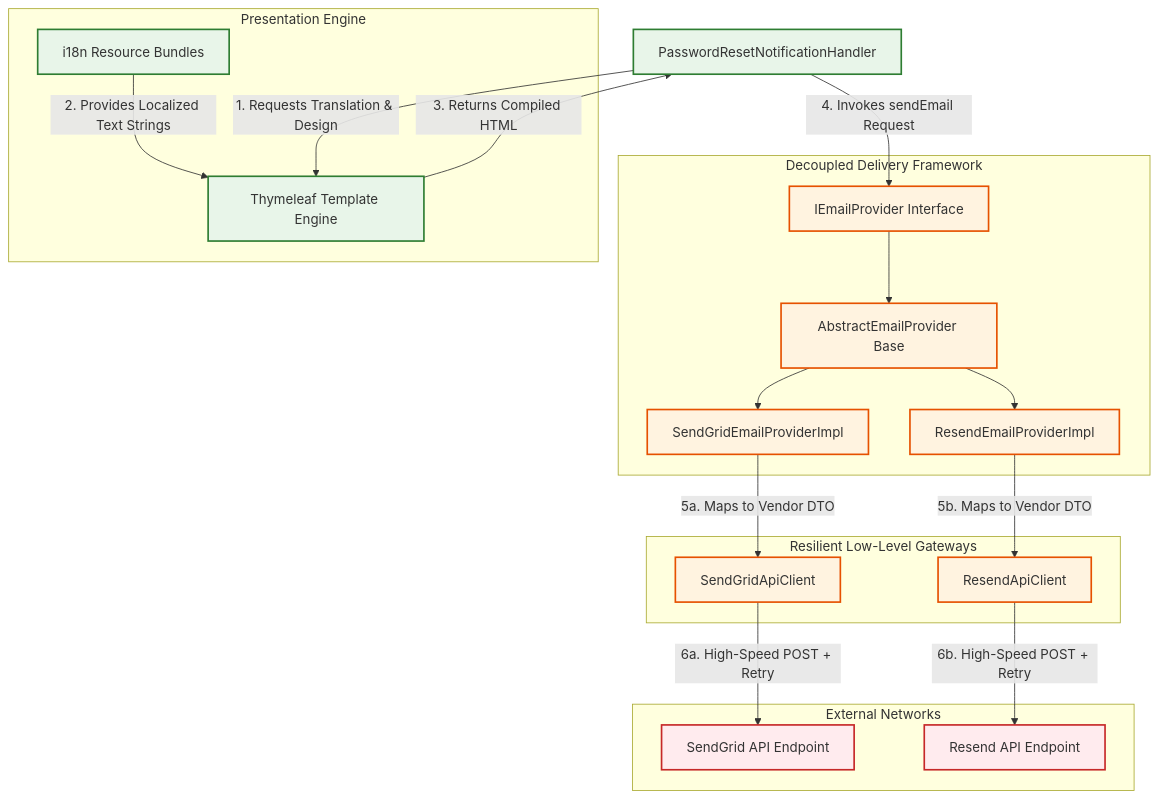
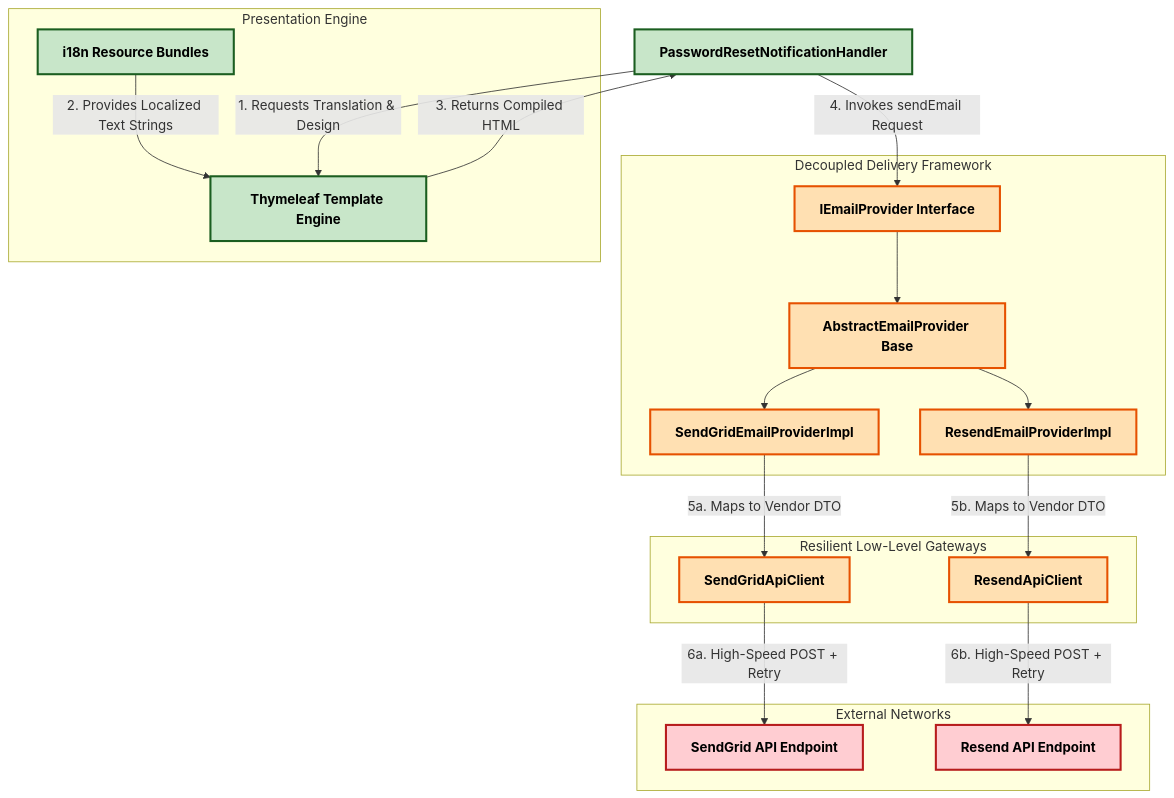
Before and after one commit to RichardKovacik/multi-module-service: the second of 2 diagrams in notify-service/README.md, drawn with Mermaid. The commit also changed other lines of this file, not shown here.

Commit message:
Update README.md
Change colours of diagram for better readability

````diff
--- a/notify-service/README.md
+++ b/notify-service/README.md
@@ -85,47 +85,47 @@
 ```mermaid
 graph TD
-    %% Styling Configuration
-    classDef handler fill:#E8F5E9,stroke:#2E7D32,stroke-width:2px;
-    classDef infra fill:#FFF3E0,stroke:#E65100,stroke-width:2px;
-    classDef vendor fill:#FFEBEE,stroke:#C62828,stroke-width:2px;
+    %% High-Contrast Styling Configuration
+    classDef handler fill:#C8E6C9,stroke:#1B5E20,stroke-width:2.5px,color:#000000,font-weight:bold;
+    classDef infra fill:#FFE0B2,stroke:#E65100,stroke-width:2.5px,color:#000000,font-weight:bold;
+    classDef vendor fill:#FFCDD2,stroke:#B71C1C,stroke-width:2.5px,color:#000000,font-weight:bold;
 
     %% Strategy Node Entry
     PwdHandler[PasswordResetNotificationHandler]:::handler
 
     subgraph Layout_Engine [Presentation Engine]
         Thymeleaf[Thymeleaf Template Engine]:::handler
         Bundle[i18n Resource Bundles]:::handler
     end
 
     subgraph Abstraction_Hierarchy [Decoupled Delivery Framework]
         Interface[IEmailProvider Interface]:::infra
         AbstractProv[AbstractEmailProvider Base]:::infra
         SendGridImpl[SendGridEmailProviderImpl]:::infra
         ResendImpl[ResendEmailProviderImpl]:::infra
     end
 
     subgraph Gateway_Clients [Resilient Low-Level Gateways]
         SGClient[SendGridApiClient]:::infra
         ResendClient[ResendApiClient]:::infra
     end
 
     subgraph Cloud_Vendors [External Networks]
         SGApi[SendGrid API Endpoint]:::vendor
         ResendApi[Resend API Endpoint]:::vendor
     end
 
     %% Flow Connections
     PwdHandler -->|1. Requests Translation & Design| Thymeleaf
     Bundle -->|2. Provides Localized Text Strings| Thymeleaf
     Thymeleaf -->|3. Returns Compiled HTML| PwdHandler
     
     PwdHandler -->|4. Invokes sendEmail Request| Interface
     Interface --> AbstractProv
     AbstractProv --> SendGridImpl & ResendImpl
     
     SendGridImpl -->|5a. Maps to Vendor DTO| SGClient
     ResendImpl -->|5b. Maps to Vendor DTO| ResendClient
     
     SGClient -->|6a. High-Speed POST + Retry| SGApi
     ResendClient -->|6b. High-Speed POST + Retry| ResendApi
 ```
````
